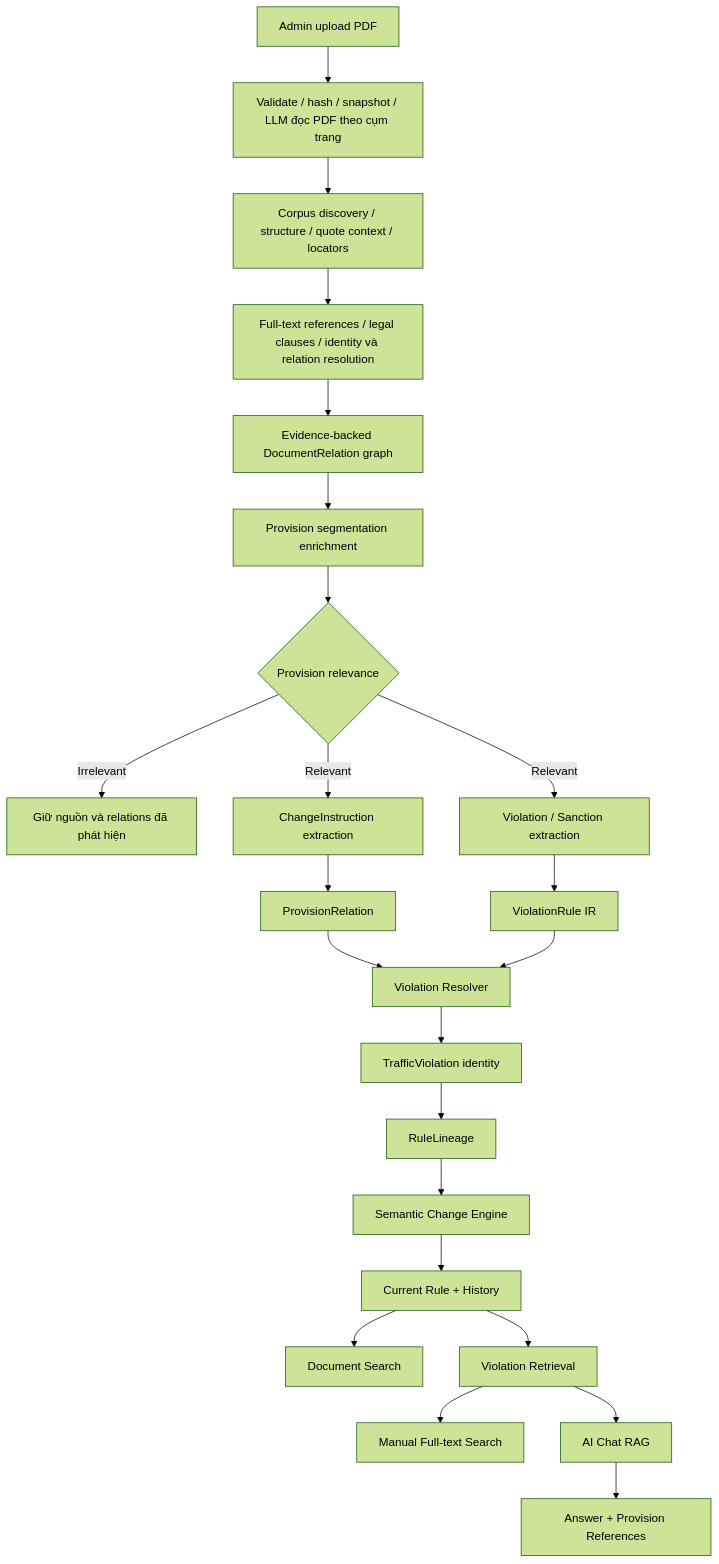
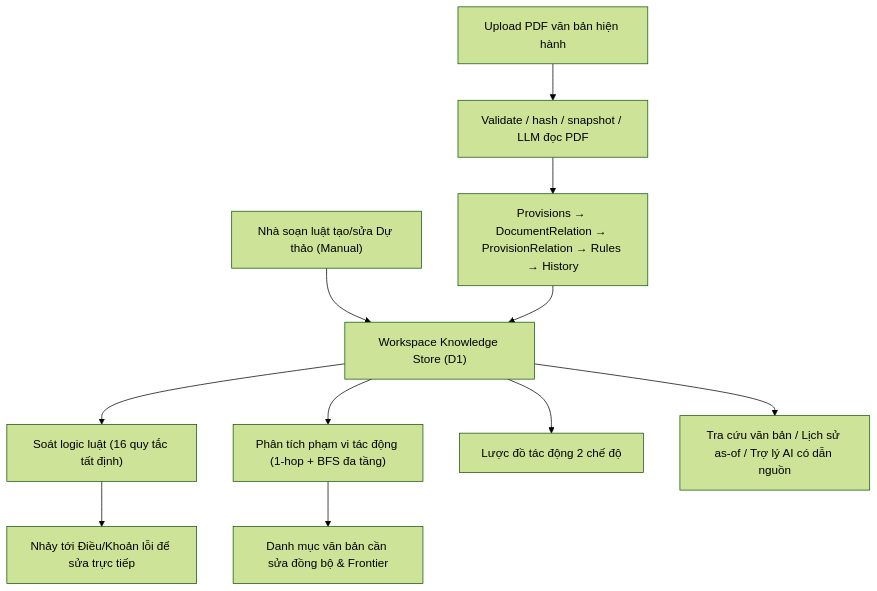
One commit to NamPE286/INT3011E_6 changed the seventh of 42 diagrams in docs/srs.md. Above: the diagram before and after it, drawn with Mermaid (forest theme). The commit also changed other lines of this file and 7 other files, not shown here.

Commit message:
docs: align SRS v1.0 and project docs with law drafting, logic audit, and impact scope

````diff
--- a/docs/srs.md
+++ b/docs/srs.md
@@ -506,25 +516,13 @@
 ```mermaid
 flowchart TB
-    PDF["Admin upload PDF"] --> Ingest["Validate / hash / snapshot / LLM đọc PDF theo cụm trang"]
-    Ingest --> Discovery["Corpus discovery / structure / quote context / locators"]
-    Discovery --> Graph["Full-text references / legal clauses / identity và relation resolution"]
-    Graph --> DG["Evidence-backed DocumentRelation graph"]
-    DG --> Parse["Provision segmentation enrichment"]
-    Parse --> Relevance{"Provision relevance"}
-    Relevance -->|"Irrelevant"| Skip["Giữ nguồn và relations đã phát hiện"]
-    Relevance -->|"Relevant"| Change["ChangeInstruction extraction"]
-    Relevance -->|"Relevant"| Extract["Violation / Sanction extraction"]
-    Change --> PR["ProvisionRelation"]
-    Extract --> IR["ViolationRule IR"]
-    PR --> Resolver["Violation Resolver"]
-    IR --> Resolver
-    Resolver --> Violation["TrafficViolation identity"]
-    Violation --> Lineage["RuleLineage"]
-    Lineage --> Diff["Semantic Change Engine"]
-    Diff --> History["Current Rule + History"]
-    History --> Docs["Document Search"]
-    History --> Retrieval["Violation Retrieval"]
-    Retrieval --> FTS["Manual Full-text Search"]
-    Retrieval --> RAG["AI Chat RAG"]
-    RAG --> Answer["Answer + Provision References"]
+    PDF["Upload PDF văn bản hiện hành"] --> Ingest["Validate / hash / snapshot / LLM đọc PDF"]
+    Ingest --> Graph["Provisions → DocumentRelation → ProvisionRelation → Rules → History"]
+    Draft["Nhà soạn luật tạo/sửa Dự thảo (Manual)"] --> WS["Workspace Knowledge Store (D1)"]
+    Graph --> WS
+    WS --> Audit["Soát logic luật (16 quy tắc tất định)"]
+    WS --> Impact["Phân tích phạm vi tác động (1-hop + BFS đa tầng)"]
+    WS --> DualGraph["Lược đồ tác động 2 chế độ"]
+    WS --> Query["Tra cứu văn bản / Lịch sử as-of / Trợ lý AI có dẫn nguồn"]
+    Audit --> Fix["Nhảy tới Điều/Khoản lỗi để sửa trực tiếp"]
+    Impact --> Sync["Danh mục văn bản cần sửa đồng bộ & Frontier"]
 ```
````
